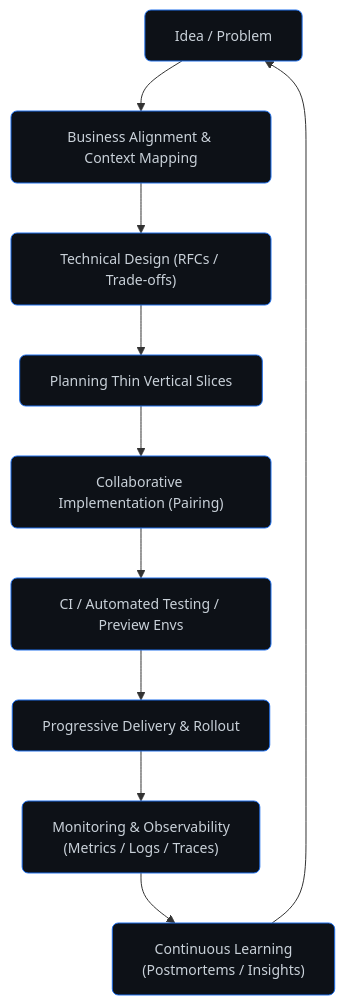
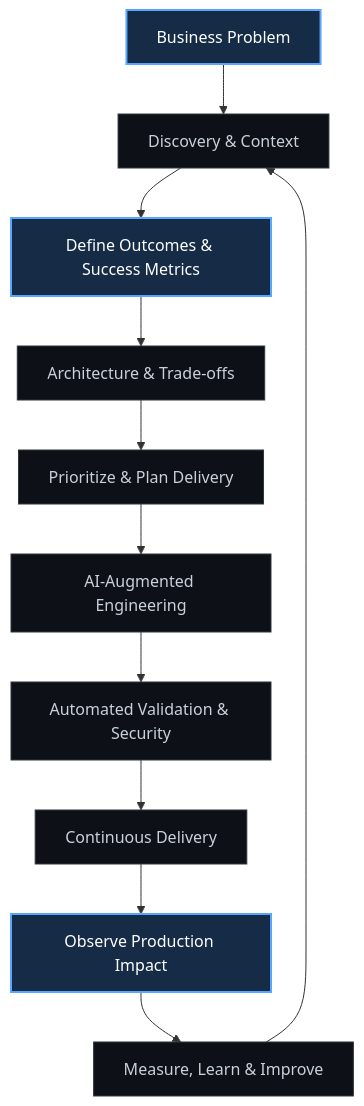
The diagram in README.md (MobinRezaeifar/MobinRezaeifar), drawn with Mermaid before and after one commit. The commit also changed other lines of this file, not shown here.

````diff
--- a/README.md
+++ b/README.md
@@ -36,14 +140,17 @@
 ```mermaid
 flowchart TD
-  A["Idea / Problem"] --> B["Business Alignment & Context Mapping"]
-  B --> C["Technical Design (RFCs / Trade-offs)"]
-  C --> D["Planning Thin Vertical Slices"]
-  D --> E["Collaborative Implementation (Pairing)"]
-  E --> F["CI / Automated Testing / Preview Envs"]
-  F --> G["Progressive Delivery & Rollout"]
-  G --> H["Monitoring & Observability<br/>(Metrics / Logs / Traces)"]
-  H --> I["Continuous Learning<br/>(Postmortems / Insights)"]
-  I --> A
-  classDef primary fill:#0d1117,stroke:#1f6feb,stroke-width:1px,color:#c9d1d9,rx:6,ry:6,font-size:14px
-  class A,B,C,D,E,F,G,H,I primary
+    A["Business Problem"] --> B["Discovery & Context"]
+    B --> C["Define Outcomes & Success Metrics"]
+    C --> D["Architecture & Trade-offs"]
+    D --> E["Prioritize & Plan Delivery"]
+    E --> F["AI-Augmented Engineering"]
+    F --> G["Automated Validation & Security"]
+    G --> H["Continuous Delivery"]
+    H --> I["Observe Production Impact"]
+    I --> J["Measure, Learn & Improve"]
+    J --> B
+
+    classDef default fill:#0d1117,stroke:#30363d,stroke-width:1px,color:#c9d1d9
+    classDef highlight fill:#162b45,stroke:#58a6ff,stroke-width:2px,color:#ffffff
+    class A,C,I highlight
 ```
````
